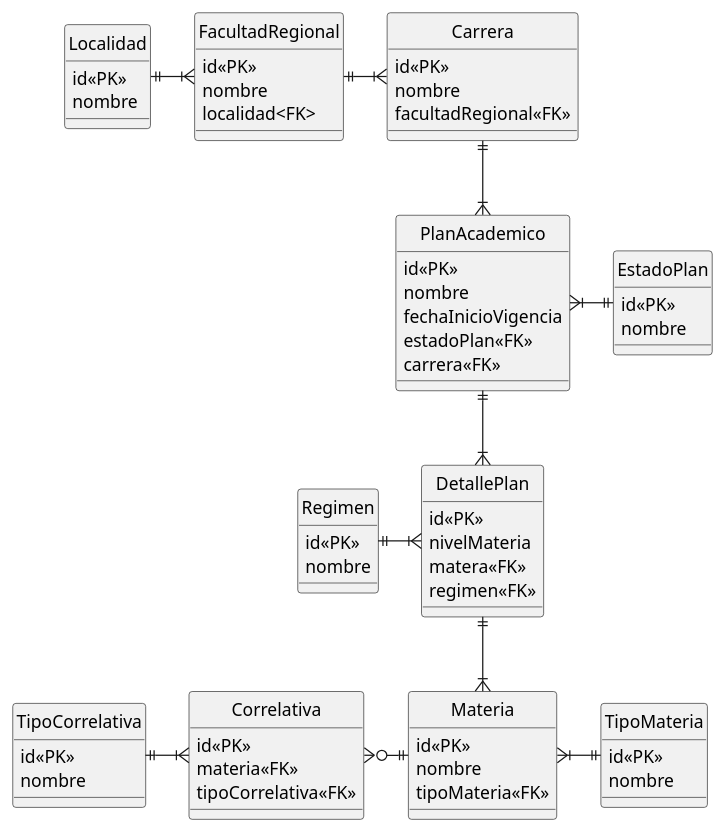
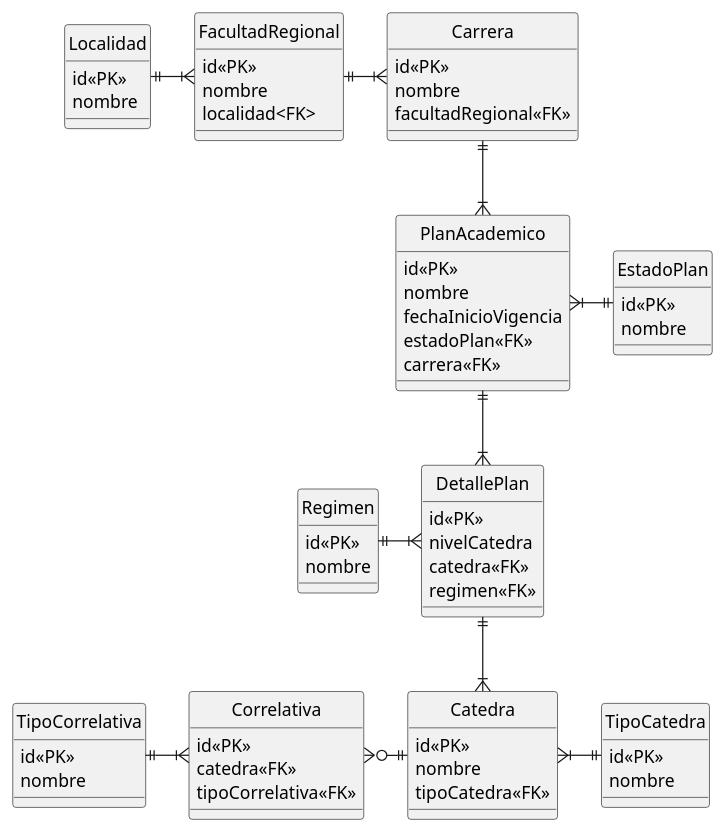
The diagram in PlanAcademico.puml (Medina-LisandroUTN/Sistema-Academico-2025), drawn with PlantUML before and after one commit.

Commit message:
Modificado el nombre de la entidad y FK de "Materia" a "Catedra"
Modificado el nombre de la entidad y FK de "Materia" a "Catedra" Para mantener la consistencia entre las demas partes del diagrama

```diff
--- a/PlanAcademico.puml
+++ b/PlanAcademico.puml
@@ -1,84 +1,84 @@
 @startuml PlanAcademico
 hide circle
 
 entity PlanAcademico{
     id<<PK>>
     nombre
     fechaInicioVigencia
     estadoPlan<<FK>>
     carrera<<FK>>
 }
 
 entity DetallePlan{
     id<<PK>>
-    nivelMateria
-    matera<<FK>>
+    nivelCatedra
+    catedra<<FK>>
     regimen<<FK>>
 }
 
 entity EstadoPlan{
     id<<PK>>
     nombre
 }
 
-entity Materia{
+entity Catedra{
     id<<PK>>
     nombre
-    tipoMateria<<FK>>
+    tipoCatedra<<FK>>
 }
 
 entity Correlativa{
     id<<PK>>
-    materia<<FK>>
+    catedra<<FK>>
     tipoCorrelativa<<FK>>
 }
 
 entity TipoCorrelativa{
     id<<PK>>
     nombre
 }
 
 entity Carrera{
     id<<PK>>
     nombre
     facultadRegional<<FK>>
 }
 
 entity Regimen {
     id<<PK>>
     nombre
 }
 
-entity TipoMateria {
+entity TipoCatedra {
     id<<PK>>
     nombre
 }
 
 entity FacultadRegional {
     id<<PK>>
     nombre
     localidad<FK>
 }
 
 entity Localidad {
     id<<PK>>
     nombre  
 }
 
 Carrera ||-d-|{ PlanAcademico
 
 PlanAcademico ||-d-|{ DetallePlan
 PlanAcademico }|-r-|| EstadoPlan
 
-DetallePlan ||-d-|{ Materia
+DetallePlan ||-d-|{ Catedra
 DetallePlan }|-l-|| Regimen
 
 Correlativa }|-l-|| TipoCorrelativa
-Correlativa }o-r-|| Materia
+Correlativa }o-r-|| Catedra
 
-Materia }|-r-|| TipoMateria
+Catedra }|-r-|| TipoCatedra
 
 Carrera }|-l-|| FacultadRegional
 
 FacultadRegional }|-l-|| Localidad
 @enduml
```
